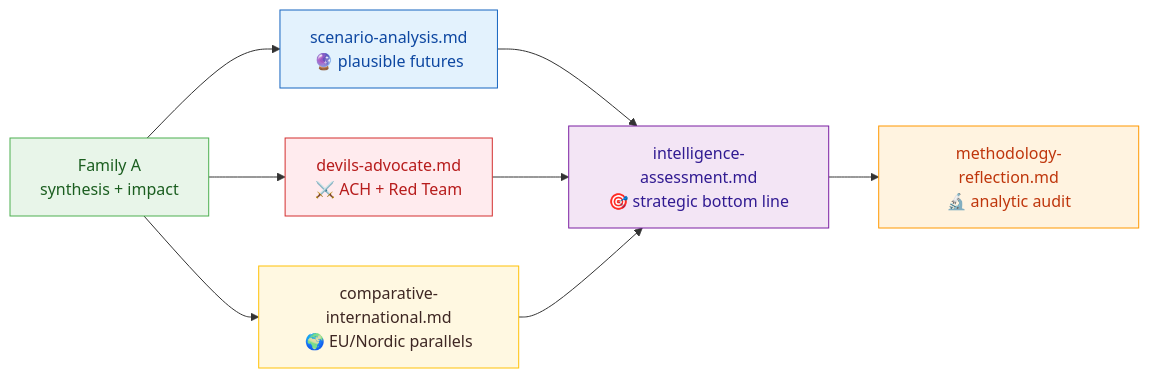
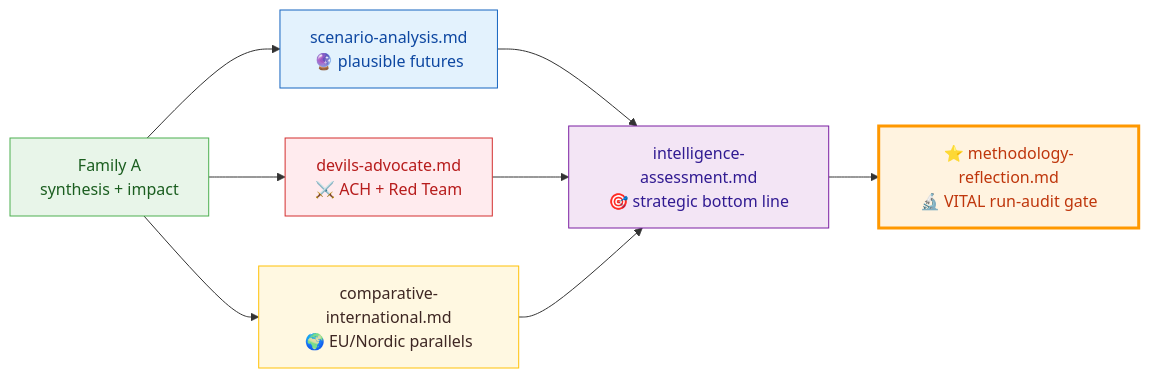
The first of 7 diagrams in analysis/methodologies/strategic-extensions-methodology.md (Hack23/riksdagsmonitor), drawn with Mermaid before and after one commit. The commit also changed other lines of this file and 5 other files, not shown here.

First line of the commit message:
Elevate all families to always-produced core; flag methodology-reflection VITAL

````diff
--- a/analysis/methodologies/strategic-extensions-methodology.md
+++ b/analysis/methodologies/strategic-extensions-methodology.md
@@ -47,24 +49,24 @@
 ```mermaid
 flowchart LR
     classDef famA fill:#E8F5E9,stroke:#4CAF50,color:#1B5E20
     classDef scenario fill:#E3F2FD,stroke:#1565C0,color:#0D47A1
     classDef ach fill:#FFEBEE,stroke:#D32F2F,color:#B71C1C
     classDef intl fill:#FFF8E1,stroke:#FFC107,color:#3E2723
     classDef intel fill:#F3E5F5,stroke:#7B1FA2,color:#311B92
-    classDef reflect fill:#FFF3E0,stroke:#FF9800,color:#BF360C
+    classDef reflect fill:#FFF3E0,stroke:#FF9800,color:#BF360C,stroke-width:3px
 
     A[Family A<br/>synthesis + impact]:::famA
     C1[scenario-analysis.md<br/>🔮 plausible futures]:::scenario
     C2[comparative-international.md<br/>🌍 EU/Nordic parallels]:::intl
     C3[devils-advocate.md<br/>⚔️ ACH + Red Team]:::ach
     C4[intelligence-assessment.md<br/>🎯 strategic bottom line]:::intel
-    C5[methodology-reflection.md<br/>🔬 analytic audit]:::reflect
+    C5[⭐ methodology-reflection.md<br/>🔬 VITAL run-audit gate]:::reflect
 
     A --> C1
     A --> C2
     A --> C3
     C1 --> C4
     C3 --> C4
     C2 --> C4
     C4 --> C5
 ```
````
